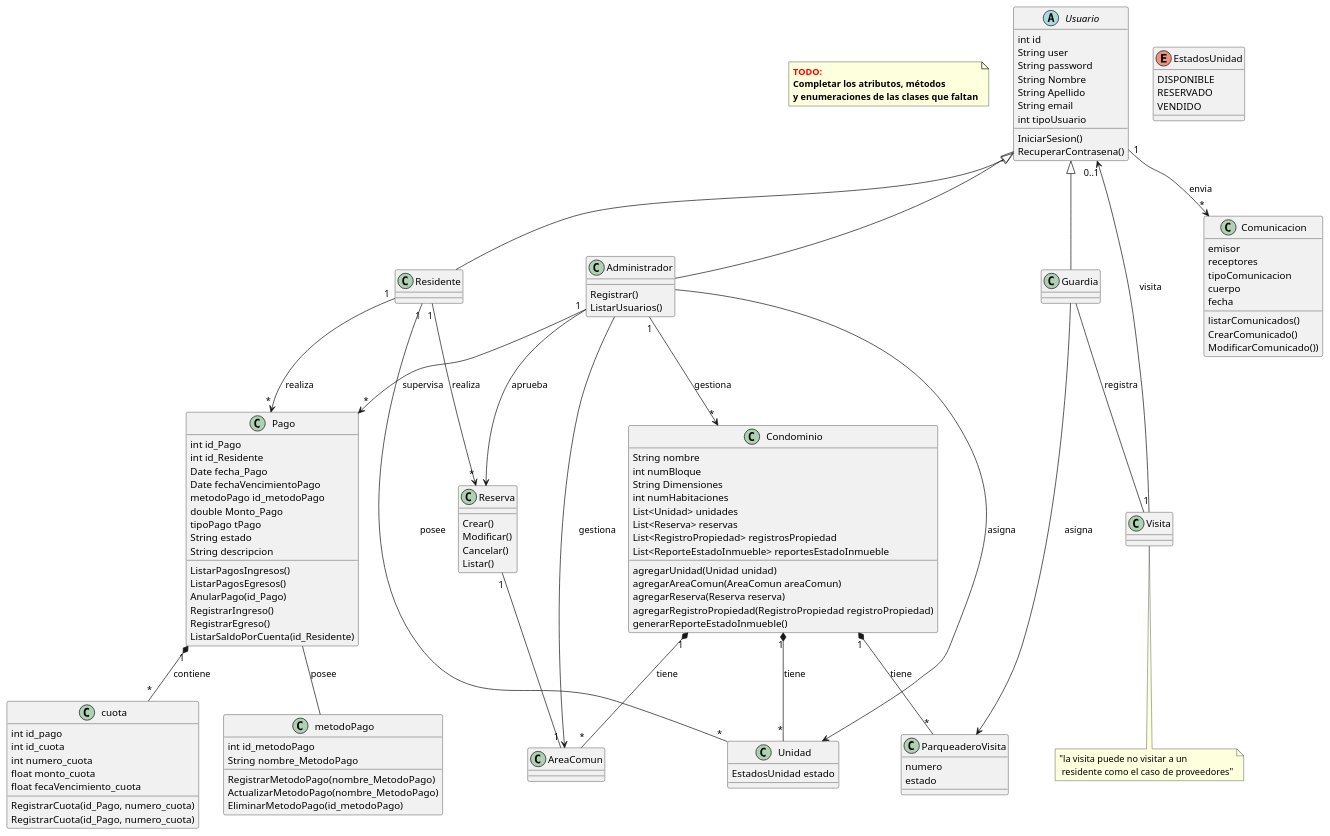
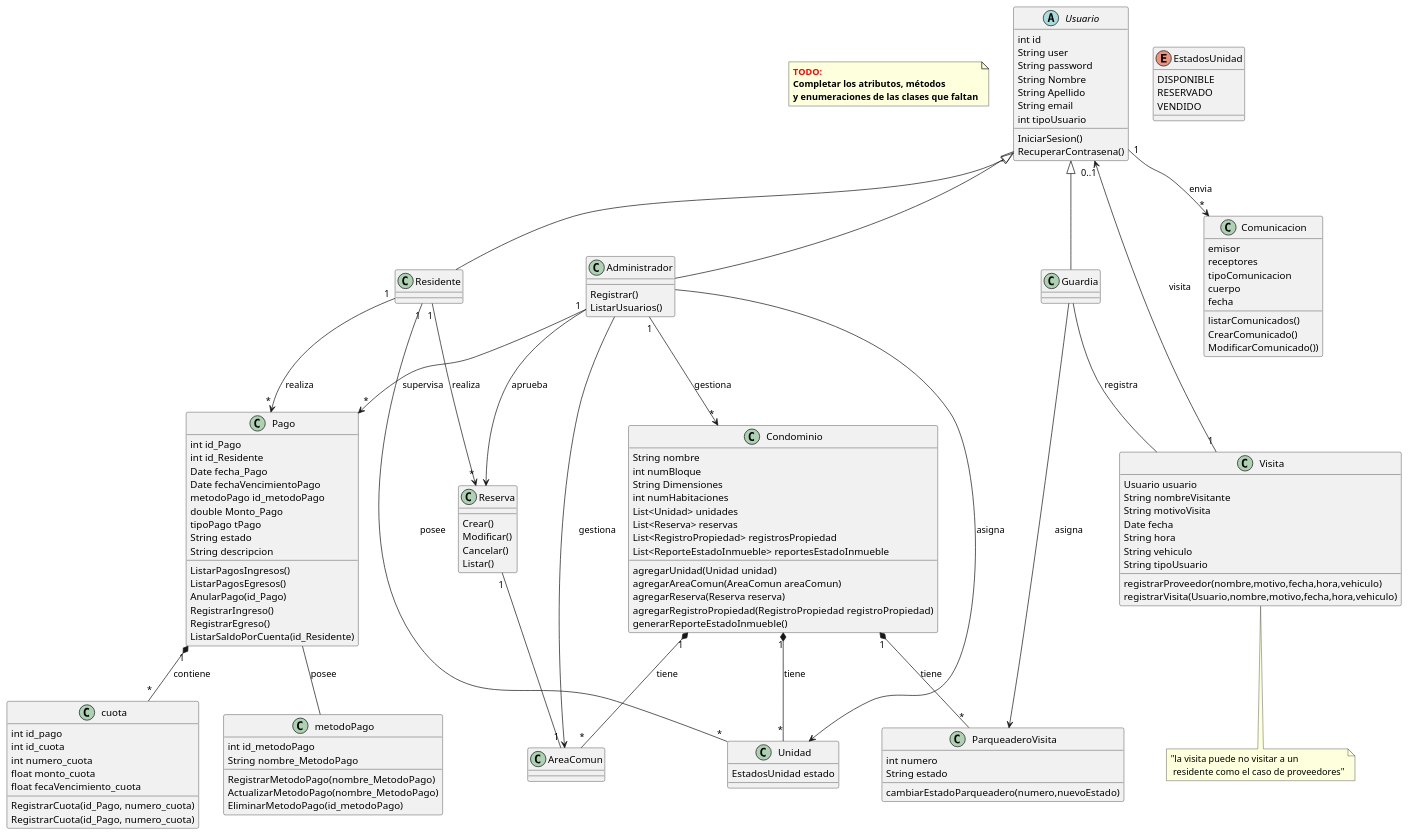
Before and after one commit to richardriverag/Condominio: the diagram in src/main/java/condominio/DiagramaDeClases.puml, drawn with PlantUML.

Commit message:
G5 agregacion final a diagrama de clases

```diff
--- a/src/main/java/condominio/DiagramaDeClases.puml
+++ b/src/main/java/condominio/DiagramaDeClases.puml
@@ -1,153 +1,165 @@
 @startuml
 'https://plantuml.com/class-diagram
 note as N1
     <b><color: Red>TODO:
     <b>Completar los atributos, métodos
     <b>y enumeraciones de las clases que faltan
 end note
 abstract class Usuario
 {
     {field} int id
     {field} String user
     {field} String password
     {field} String Nombre
     {field} String Apellido
     {field} String email
     {field} int tipoUsuario
     {method} IniciarSesion()
     {method} RecuperarContrasena()
 }
 class Administrador 
 {
     {method} Registrar()
     {method} ListarUsuarios()
 }
 class Residente
 class Guardia
 class Condominio
 {
     
     String nombre
     int numBloque
     String Dimensiones
     int numHabitaciones
     List<Unidad> unidades
     List<Reserva> reservas
     List<RegistroPropiedad> registrosPropiedad
     List<ReporteEstadoInmueble> reportesEstadoInmueble
     
     {method} agregarUnidad(Unidad unidad)
     {method} agregarAreaComun(AreaComun areaComun)
     {method} agregarReserva(Reserva reserva)
     {method} agregarRegistroPropiedad(RegistroPropiedad registroPropiedad)
     {method} generarReporteEstadoInmueble()
 }
 class Unidad
 {
     {field} EstadosUnidad estado
 }
 ' enumeración de estados: disponible, reservado, vendido
 enum EstadosUnidad {
  DISPONIBLE
  RESERVADO
  VENDIDO
 }
 class Reserva{
     {method} Crear()
     {method} Modificar()
     {method} Cancelar()
     {method} Listar()
 }
 class AreaComun
-class Visita
+class Visita{
+    {field} Usuario usuario
+    {field} String nombreVisitante
+    {field} String motivoVisita
+    {field} Date fecha
+    {field} String hora
+    {field} String vehiculo
+    {field} String tipoUsuario
+
+   {method} registrarProveedor(nombre,motivo,fecha,hora,vehiculo)
+   {method} registrarVisita(Usuario,nombre,motivo,fecha,hora,vehiculo)
+}
 note bottom: "la visita puede no visitar a un \n residente como el caso de proveedores"
 
 class Pago
 {
     {field} int id_Pago
     {field} int id_Residente
     {field} Date fecha_Pago
     {field} Date fechaVencimientoPago
     {field} metodoPago id_metodoPago
      'enum metodoPago: efectivo, tarjetas de crédito'
     {field} double Monto_Pago
     {field} tipoPago tPago
     'enum alicuota o extraordinaria'
     'tarjetas de débito o transferencia'
     {field} String estado
     'enum ingreso o egreso'
     {field} String descripcion
    {method} ListarPagosIngresos()
    {method} ListarPagosEgresos()
    {method} AnularPago(id_Pago)
    {method} RegistrarIngreso()
    {method} RegistrarEgreso()
    {method} ListarSaldoPorCuenta(id_Residente)
 }
 
 class cuota{
     {field} int id_pago
     {field} int id_cuota
     {field} int numero_cuota
     {field} float monto_cuota
     {field} float fecaVencimiento_cuota
     {method} RegistrarCuota(id_Pago, numero_cuota)
     {method} RegistrarCuota(id_Pago, numero_cuota)
 }
 
 class metodoPago{
     {field} int id_metodoPago
     {field} String nombre_MetodoPago
     {method} RegistrarMetodoPago(nombre_MetodoPago)
     {method} ActualizarMetodoPago(nombre_MetodoPago)
     {method} EliminarMetodoPago(id_metodoPago)
 }
 
 
 
 class ParqueaderoVisita
 {
-    {field} numero
-    {field} estado
-    ' enumeración de estados: disponible u ocupado
+    {field} int numero
+    {field} String estado
+
+    {method} cambiarEstadoParqueadero(numero,nuevoEstado) 
 }
 
 class Comunicacion
 {
     {field} emisor
     {field} receptores
     {field} tipoComunicacion
     'enumeración tipoComunicacion:
     'alerta, directo, anuncio, visita, reservas, pagos
     {field} cuerpo
     {field} fecha
     {method} listarComunicados()
     {method} CrearComunicado()
     {method} ModificarComunicado())
 }
 
 Usuario <|-- Administrador
 Usuario <|-- Residente
 Usuario <|-- Guardia
 Administrador "1"--> "*" Condominio: gestiona
 Administrador --> AreaComun: gestiona
 Administrador --> Reserva: aprueba
 Residente "1"-- "*"Unidad: posee
 Condominio "1" *-- "*"Unidad: tiene
 Condominio "1"*-- "*"AreaComun: tiene
 Condominio "1"*-- "*"ParqueaderoVisita: tiene
 Guardia -- Visita: registra
 Guardia --> ParqueaderoVisita: asigna
 'Residente -- AreaComun
 Reserva "1" -- "1" AreaComun
 Usuario "0..1"<-- "1"Visita: visita
 Residente "1" --> "*"Reserva: realiza
 Residente "1" --> "*" Pago: realiza
 Administrador --> Unidad: asigna
 Usuario "1" --> "*" Comunicacion: envia
 Administrador"1" --> "*"Pago: supervisa
 
 Pago "1" *-- "*"cuota: contiene
 Pago -- metodoPago: posee
 'una enumeración para los tipos de unidades
 @enduml
```
